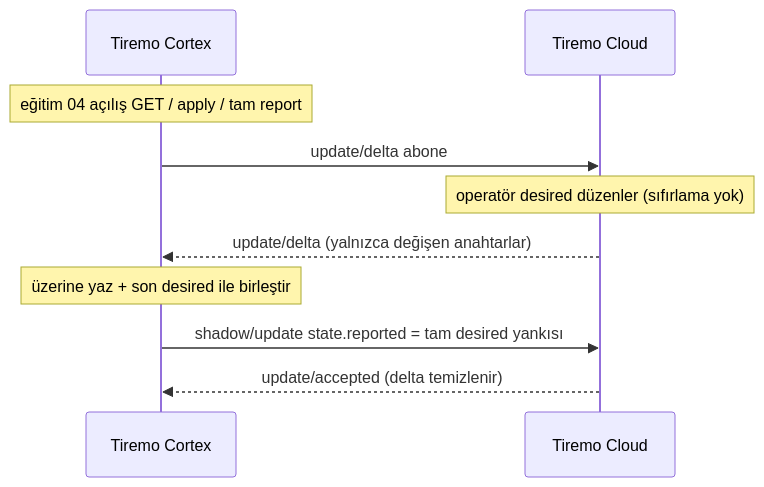
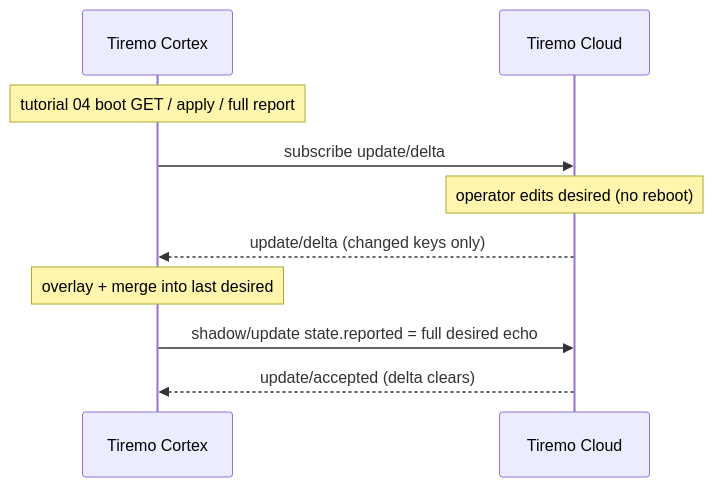
The first of 2 diagrams in docs-tr/Tiremo_Cloud/Feature_Tutorials/05-Live_Shadow_Delta_Handling/README.md (Empa-Electronics/Tiremo-Cortex-Tutorials), drawn with Mermaid before and after one commit. The commit also changed other lines of this file and 50 other files, not shown here.

````diff
--- a/docs-tr/Tiremo_Cloud/Feature_Tutorials/05-Live_Shadow_Delta_Handling/README.md
+++ b/docs-tr/Tiremo_Cloud/Feature_Tutorials/05-Live_Shadow_Delta_Handling/README.md
@@ -45,13 +47,13 @@
 ```mermaid
 sequenceDiagram
     participant Board as Tiremo Cortex
     participant Cloud as Tiremo Cloud
 
-    Note over Board: eğitim 04 açılış GET / apply / tam report
-    Board->>Cloud: update/delta abone
-    Note over Cloud: operatör desired düzenler (sıfırlama yok)
-    Cloud-->>Board: update/delta (yalnızca değişen anahtarlar)
-    Note over Board: üzerine yaz + son desired ile birleştir
-    Board->>Cloud: shadow/update state.reported = tam desired yankısı
-    Cloud-->>Board: update/accepted (delta temizlenir)
+    Note over Board: tutorial 04 boot GET / apply / full report
+    Board->>Cloud: subscribe update/delta
+    Note over Cloud: operator edits desired (no reboot)
+    Cloud-->>Board: update/delta (changed keys only)
+    Note over Board: overlay + merge into last desired
+    Board->>Cloud: shadow/update state.reported = full desired echo
+    Cloud-->>Board: update/accepted (delta clears)
 ```
````
